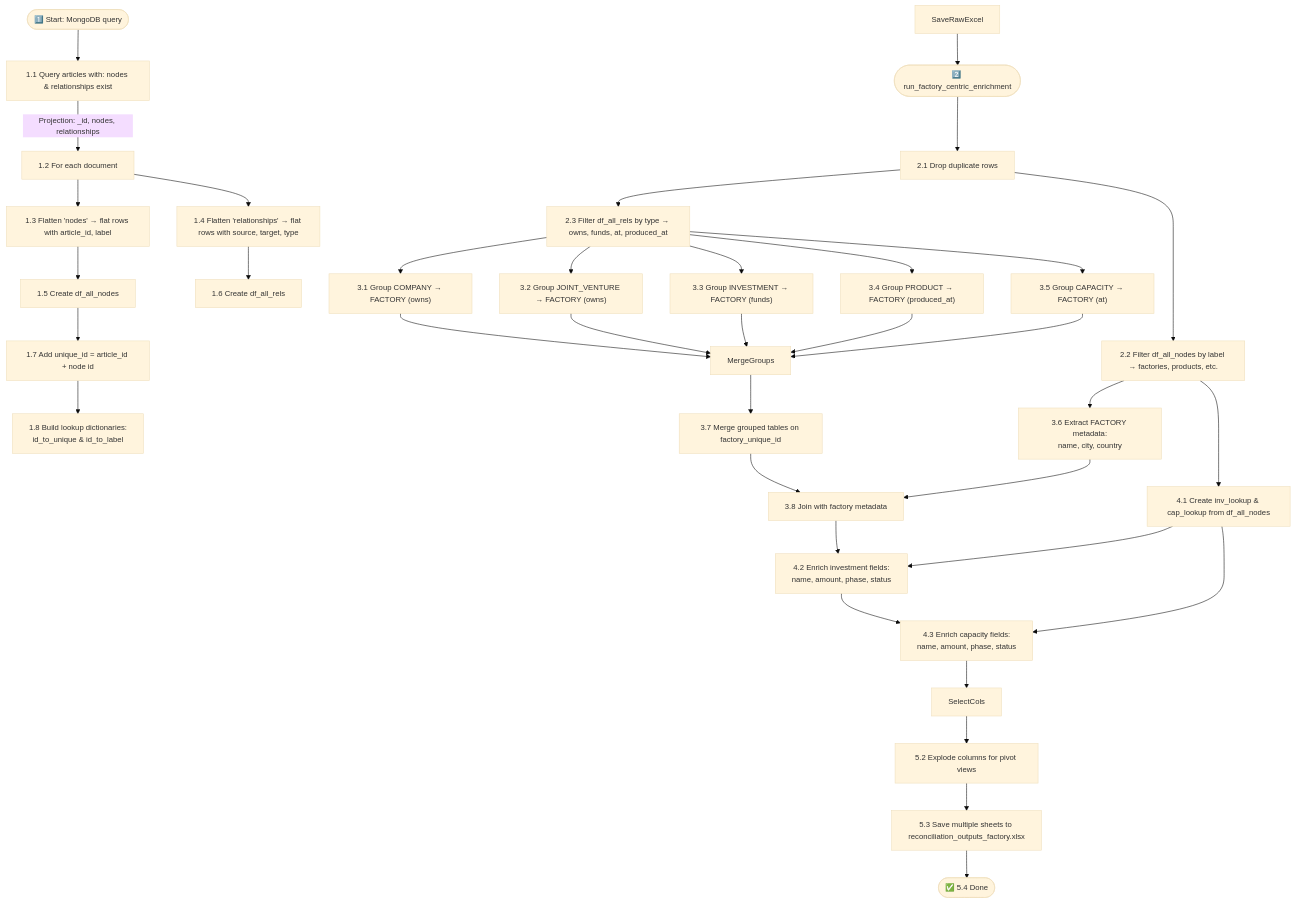
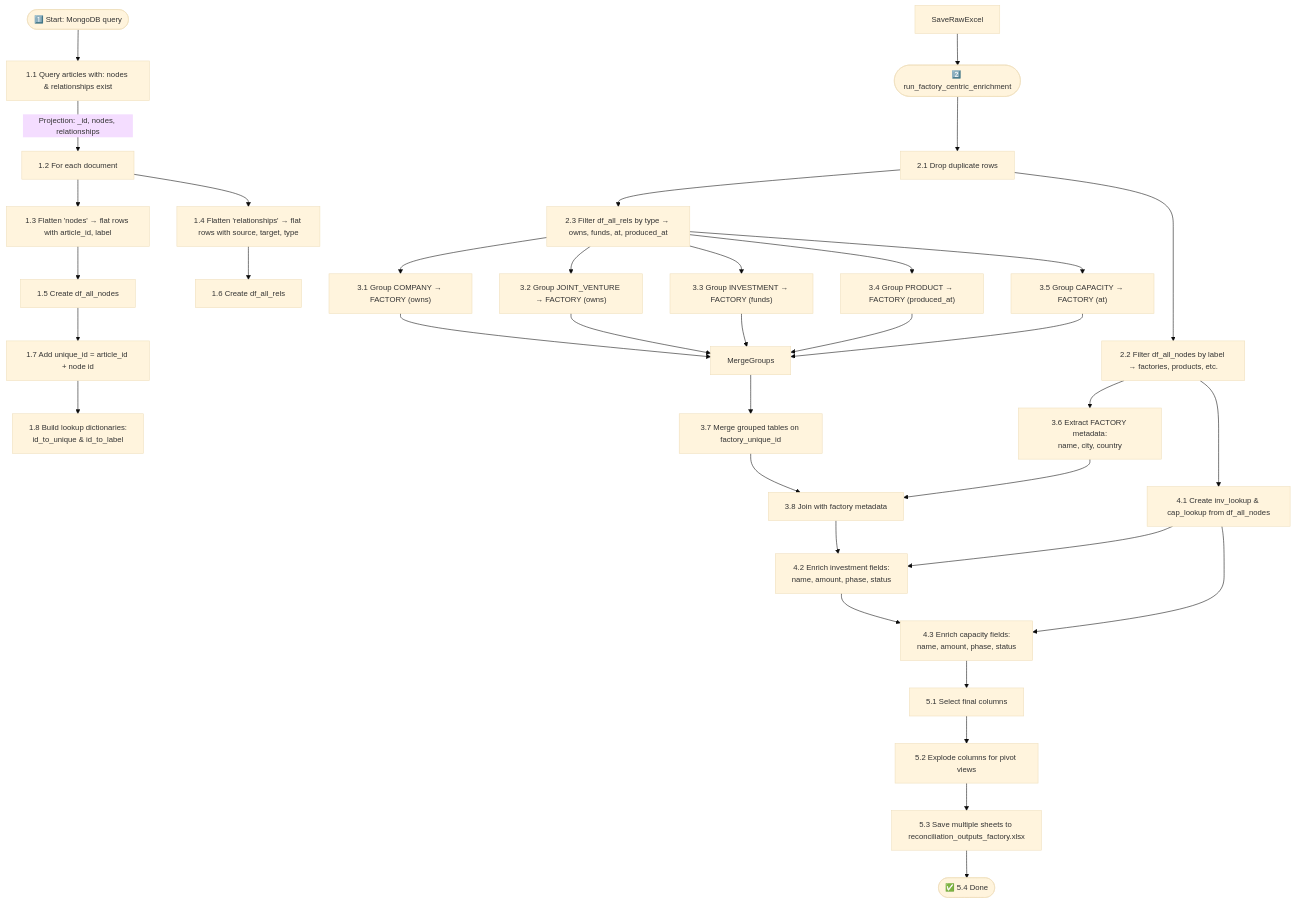
Before and after one commit to benmcwilliams/tuone-core: the diagram in reconcile/Readme.md, drawn with Mermaid.

````diff
--- a/reconcile/Readme.md
+++ b/reconcile/Readme.md
@@ -17,50 +17,50 @@
 ```mermaid
 %%{init: {'theme': 'base', 'themeVariables': { 'fontSize': '14px' }}}%%
 flowchart TD
 
 %% Section 1: Mongo query and document loop
 Start([1️⃣ Start: MongoDB query]) --> QueryMongo["1.1 Query articles with: nodes & relationships exist"]
 QueryMongo -->|Projection: _id, nodes, relationships| IterateDocs["1.2 For each document"]
 IterateDocs --> FlattenNodes["1.3 Flatten 'nodes' → flat rows with article_id, label"]
 IterateDocs --> FlattenRels["1.4 Flatten 'relationships' → flat rows with source, target, type"]
 FlattenNodes --> DFNodes["1.5 Create df_all_nodes"]
 FlattenRels --> DFRels["1.6 Create df_all_rels"]
 DFNodes --> UniqueID["1.7 Add unique_id = article_id + node id"]
 UniqueID["1.7 Add unique_id = article_id + node id"] --> IDToLabel["1.8 Build lookup dictionaries:\nid_to_unique & id_to_label"]
 
 
 %% Section 2: Begin enrichment function
 SaveRawExcel --> StartEnrich([2️⃣ run_factory_centric_enrichment])
 StartEnrich --> Deduplicate["2.1 Drop duplicate rows"]
 Deduplicate --> SubsetNodes["2.2 Filter df_all_nodes by label → factories, products, etc."]
 SubsetNodes["2.2 Filter df_all_nodes by label → factories, products, etc."] --> BuildLookups["4.1 Create inv_lookup & cap_lookup from df_all_nodes"]
 Deduplicate --> SubsetRels["2.3 Filter df_all_rels by type → owns, funds, at, produced_at"]
 
 %% Section 3: Grouping via relationships
 SubsetRels --> GroupOwns["3.1 Group COMPANY → FACTORY (owns)"]
 SubsetRels --> GroupOwnsJV["3.2 Group JOINT_VENTURE → FACTORY (owns)"]
 SubsetRels --> GroupFunds["3.3 Group INVESTMENT → FACTORY (funds)"]
 SubsetRels --> GroupProducts["3.4 Group PRODUCT → FACTORY (produced_at)"]
 SubsetRels --> GroupCapacities["3.5 Group CAPACITY → FACTORY (at)"]
 GroupOwns --> MergeGroups
 GroupOwnsJV --> MergeGroups
 GroupFunds --> MergeGroups
 GroupProducts --> MergeGroups
 GroupCapacities --> MergeGroups
 SubsetNodes --> FactoryMeta["3.6 Extract FACTORY metadata:\nname, city, country"]
 MergeGroups --> MergeFactory["3.7 Merge grouped tables on factory_unique_id"]
 MergeFactory --> MergeMeta["3.8 Join with factory metadata"]
 FactoryMeta["3.6 Extract FACTORY metadata:\nname, city, country"] --> MergeMeta["3.8 Join with factory metadata"]
 %% Section 4: Enrichment using dictionaries
 
 MergeMeta["3.8 Join with factory metadata"] --> EnrichInvest["4.2 Enrich investment fields:\nname, amount, phase, status"]
 BuildLookups["4.1 Create inv_lookup & cap_lookup from df_all_nodes"] --> EnrichInvest["4.2 Enrich investment fields:\nname, amount, phase, status"]
 EnrichInvest["4.2 Enrich investment fields:\nname, amount, phase, status"] --> EnrichCap["4.3 Enrich capacity fields:\nname, amount, phase, status"]
 BuildLookups["4.1 Create inv_lookup & cap_lookup from df_all_nodes"] --> EnrichCap["4.3 Enrich capacity fields:\nname, amount, phase, status"]
 %% Section 5: Excel export
 
-EnrichCap --> SelectCols
+EnrichCap --> SelectCols["5.1 Select final columns"]
 SelectCols --> PivotViews["5.2 Explode columns for pivot views"]
 PivotViews --> SaveExcel["5.3 Save multiple sheets to reconciliation_outputs_factory.xlsx"]
 SaveExcel --> End([✅ 5.4 Done])
 ```
````
